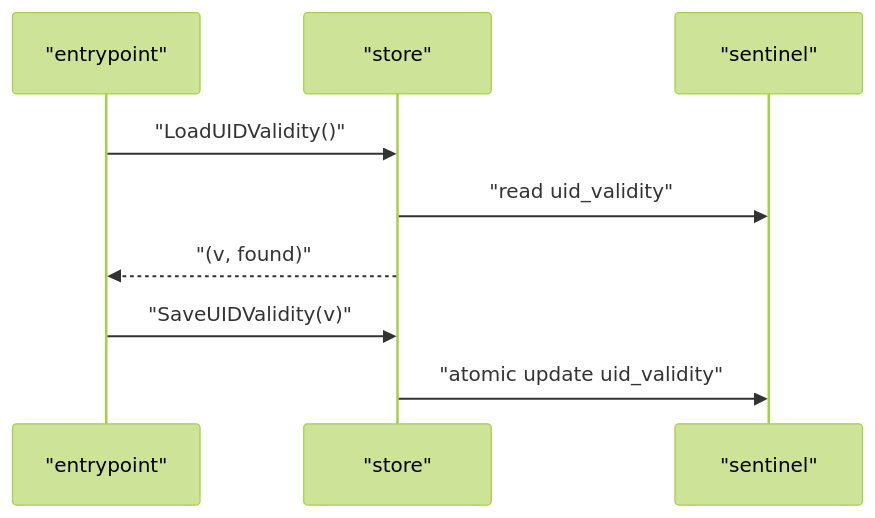
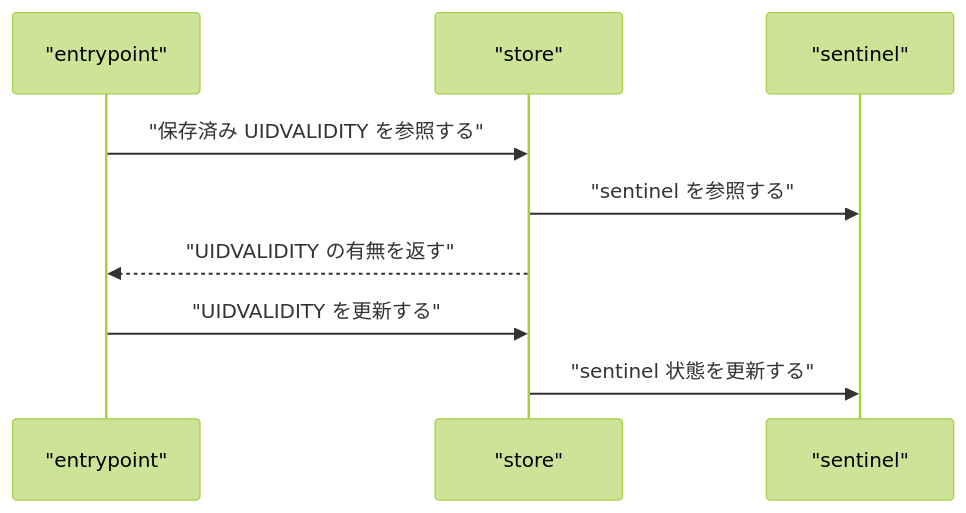
Diagram 12 of 15 in docs/tasks/0040_store/02_architecture.md (isseis/tlsrpt-digest), drawn with Mermaid (forest theme) before and after one commit. The commit also changed other lines of this file, not shown here.

First line of the commit message:
docs(task 0040): refine store architecture design

````diff
--- a/docs/tasks/0040_store/02_architecture.md
+++ b/docs/tasks/0040_store/02_architecture.md
@@ -399,12 +430,12 @@
 ```mermaid
 sequenceDiagram
     participant EP as "entrypoint"
     participant ST as "store"
     participant SF as "sentinel"
 
-    EP->>ST: "LoadUIDValidity()"
-    ST->>SF: "read uid_validity"
-    ST-->>EP: "(v, found)"
-    EP->>ST: "SaveUIDValidity(v)"
-    ST->>SF: "atomic update uid_validity"
+    EP->>ST: "保存済み UIDVALIDITY を参照する"
+    ST->>SF: "sentinel を参照する"
+    ST-->>EP: "UIDVALIDITY の有無を返す"
+    EP->>ST: "UIDVALIDITY を更新する"
+    ST->>SF: "sentinel 状態を更新する"
 ```
````
